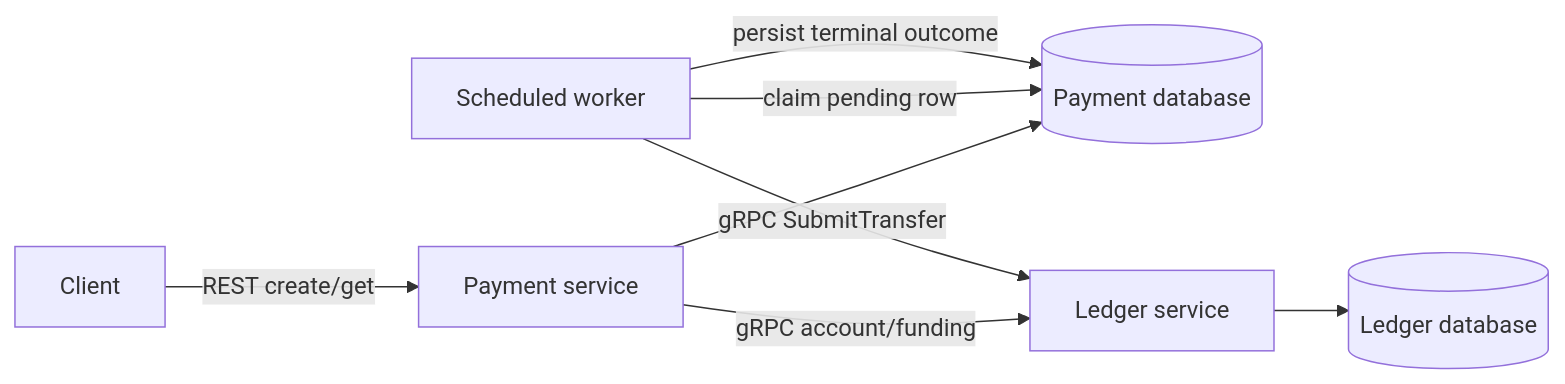
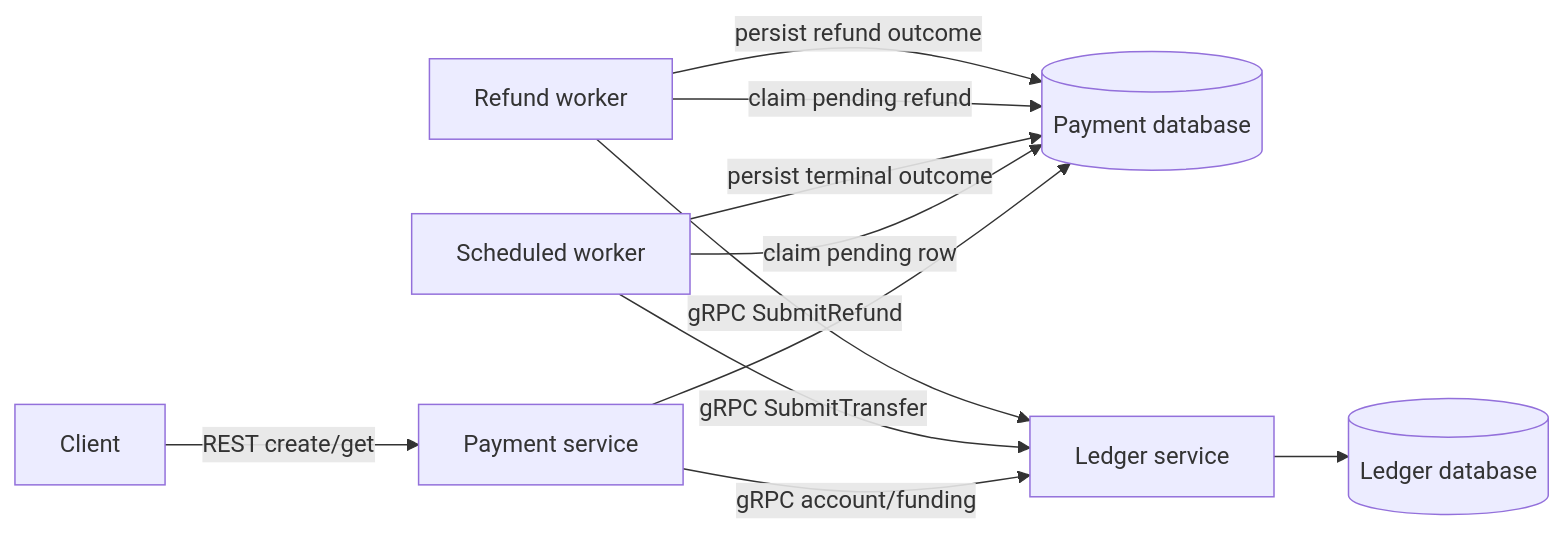
The diagram in README.md (nikhilsaravanan/payment-platform), drawn with Mermaid before and after one commit. The commit also changed other lines of this file and 5 other files, not shown here.

````diff
--- a/README.md
+++ b/README.md
@@ -104,10 +149,13 @@
 ```mermaid
 flowchart LR
     Client -->|REST create/get| Payment[Payment service]
     Payment --> PDB[(Payment database)]
     Payment -->|gRPC account/funding| Ledger[Ledger service]
     Worker[Scheduled worker] -->|claim pending row| PDB
     Worker -->|gRPC SubmitTransfer| Ledger
     Ledger --> LDB[(Ledger database)]
     Worker -->|persist terminal outcome| PDB
+    RefundWorker[Refund worker] -->|claim pending refund| PDB
+    RefundWorker -->|gRPC SubmitRefund| Ledger
+    RefundWorker -->|persist refund outcome| PDB
 ```
````
